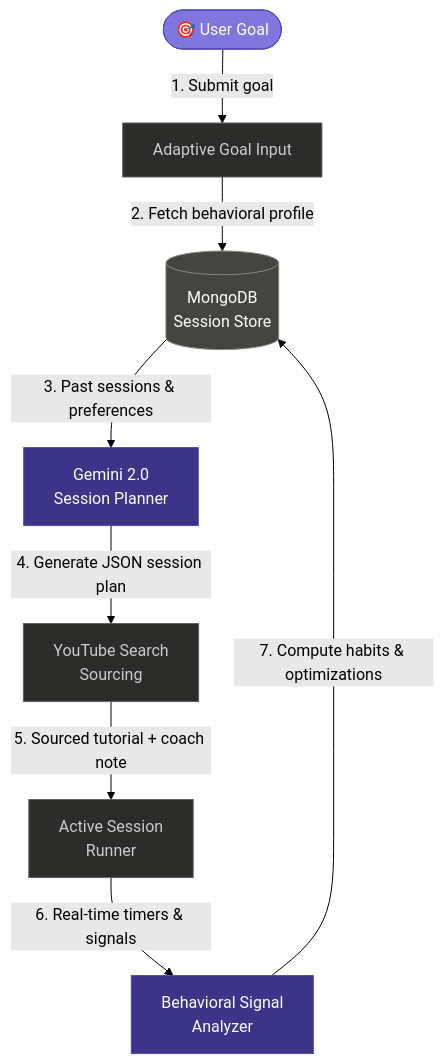
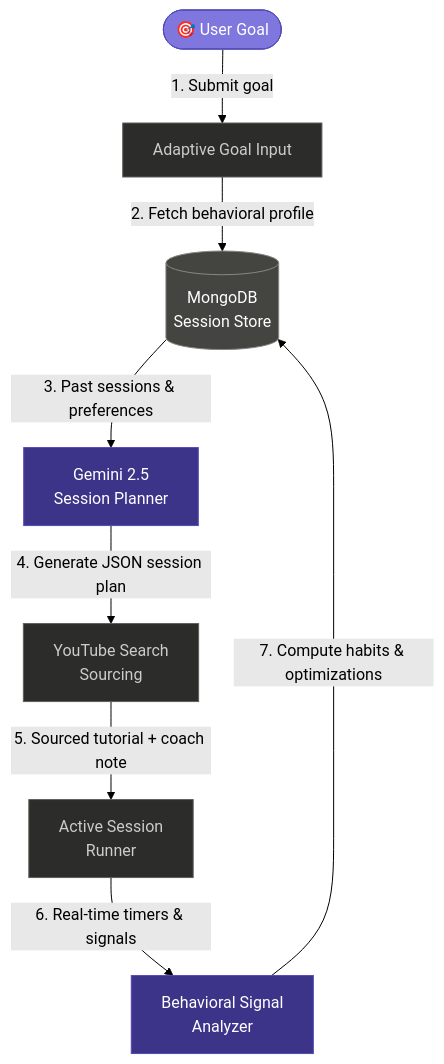
Before and after one commit to aaminashihab/MotivateAI: the diagram in README.md, drawn with Mermaid (forest theme). The commit also changed other lines of this file, not shown here.

Commit message:
Update README to document Gemini 2.5 and Vercel Deployment

````diff
--- a/README.md
+++ b/README.md
@@ -42,18 +42,18 @@
 ```mermaid
 flowchart TD
     A([🎯 User Goal]) -->|1. Submit goal| B[Adaptive Goal Input]
     B -->|2. Fetch behavioral profile| C[(MongoDB\nSession Store)]
-    C -->|3. Past sessions & preferences| D[Gemini 2.0\nSession Planner]
+    C -->|3. Past sessions & preferences| D[Gemini 2.5\nSession Planner]
     D -->|4. Generate JSON session plan| E[YouTube Search\nSourcing]
     E -->|5. Sourced tutorial + coach note| F[Active Session\nRunner]
     F -->|6. Real-time timers & signals| G[Behavioral Signal\nAnalyzer]
     G -->|7. Compute habits & optimizations| C
 
     style A fill:#7F77DD,stroke:#534AB7,color:#fff
     style D fill:#3C3489,stroke:#534AB7,color:#fff
     style C fill:#444441,stroke:#888780,color:#fff
     style G fill:#3C3489,stroke:#534AB7,color:#fff
     style B fill:#2C2C2A,stroke:#5F5E5A,color:#ccc
     style E fill:#2C2C2A,stroke:#5F5E5A,color:#ccc
     style F fill:#2C2C2A,stroke:#5F5E5A,color:#ccc
 ```
````
